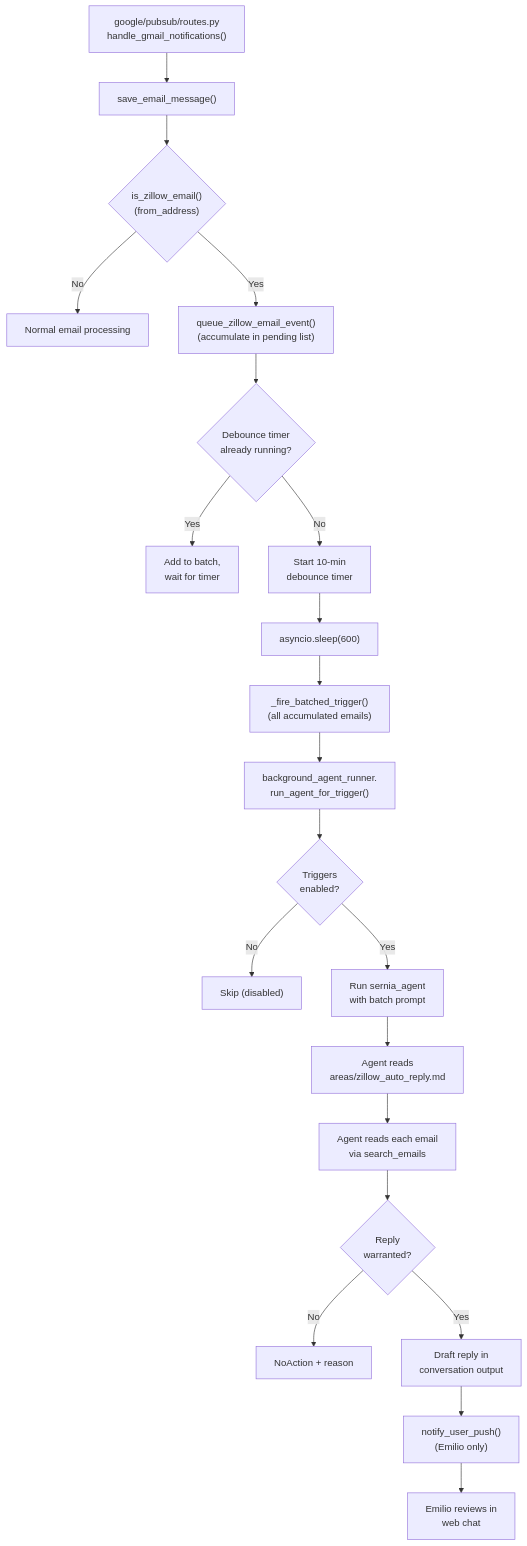
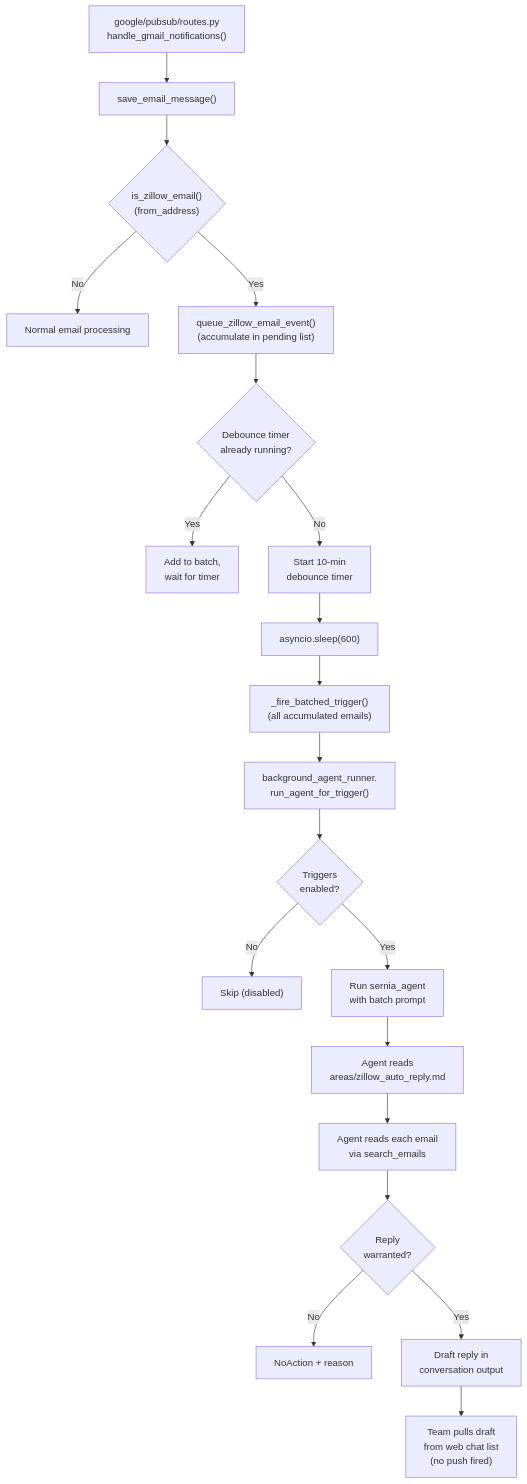
Before and after one commit to EmilioEsposito/portfolio: the fourth of 4 diagrams in api/src/sernia_ai/triggers/README.md, drawn with Mermaid. The commit also changed other lines of this file and 4 other files, not shown here.

````diff
--- a/api/src/sernia_ai/triggers/README.md
+++ b/api/src/sernia_ai/triggers/README.md
@@ -107,27 +107,26 @@
 ```mermaid
 flowchart TD
     PUBSUB["google/pubsub/routes.py<br/>handle_gmail_notifications()"] --> SAVE["save_email_message()"]
     SAVE --> CHECK{"is_zillow_email()<br/>(from_address)"}
     CHECK -->|No| DONE["Normal email processing"]
     CHECK -->|Yes| QUEUE["queue_zillow_email_event()<br/>(accumulate in pending list)"]
 
     QUEUE --> PENDING{"Debounce timer<br/>already running?"}
     PENDING -->|Yes| BATCH["Add to batch,<br/>wait for timer"]
     PENDING -->|No| TIMER["Start 10-min<br/>debounce timer"]
 
     TIMER --> SLEEP["asyncio.sleep(600)"]
     SLEEP --> FIRE["_fire_batched_trigger()<br/>(all accumulated emails)"]
 
     FIRE --> RUNNER["background_agent_runner.<br/>run_agent_for_trigger()"]
     RUNNER --> ENABLED{"Triggers<br/>enabled?"}
     ENABLED -->|No| SKIP["Skip (disabled)"]
     ENABLED -->|Yes| AGENT["Run sernia_agent<br/>with batch prompt"]
 
     AGENT --> GUIDE["Agent reads<br/>areas/zillow_auto_reply.md"]
     GUIDE --> THREAD["Agent reads each email<br/>via search_emails"]
     THREAD --> DECIDE{"Reply<br/>warranted?"}
     DECIDE -->|No| NOACTION["NoAction + reason"]
     DECIDE -->|Yes| DRAFT["Draft reply in<br/>conversation output"]
-    DRAFT --> PUSH["notify_user_push()<br/>(Emilio only)"]
-    PUSH --> REVIEW["Emilio reviews in<br/>web chat"]
+    DRAFT --> REVIEW["Team pulls draft<br/>from web chat list<br/>(no push fired)"]
 ```
````
